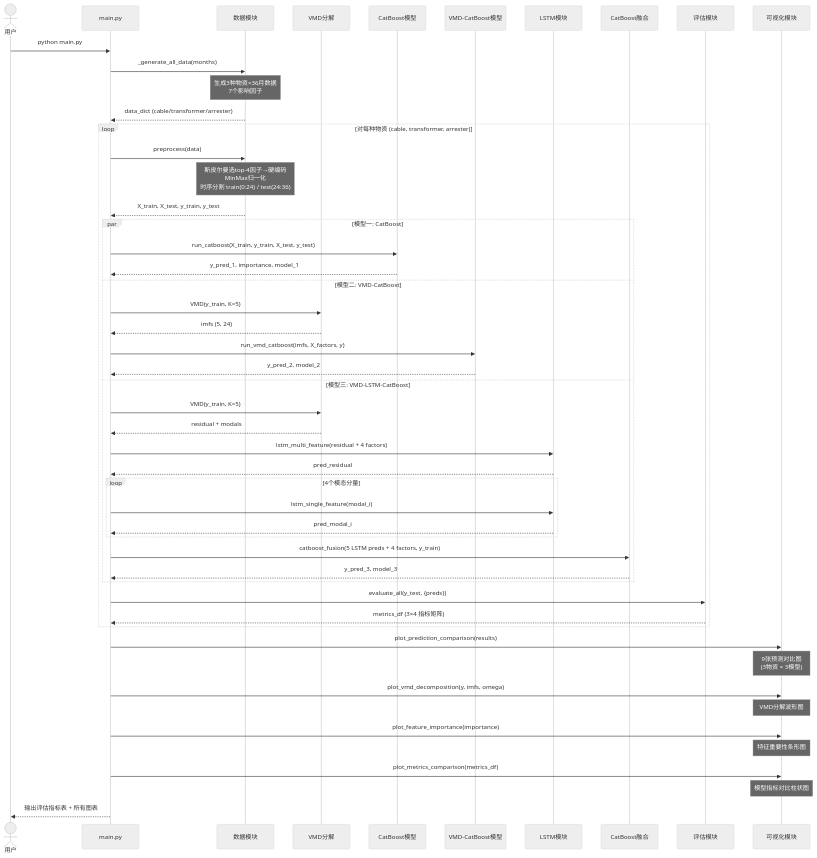
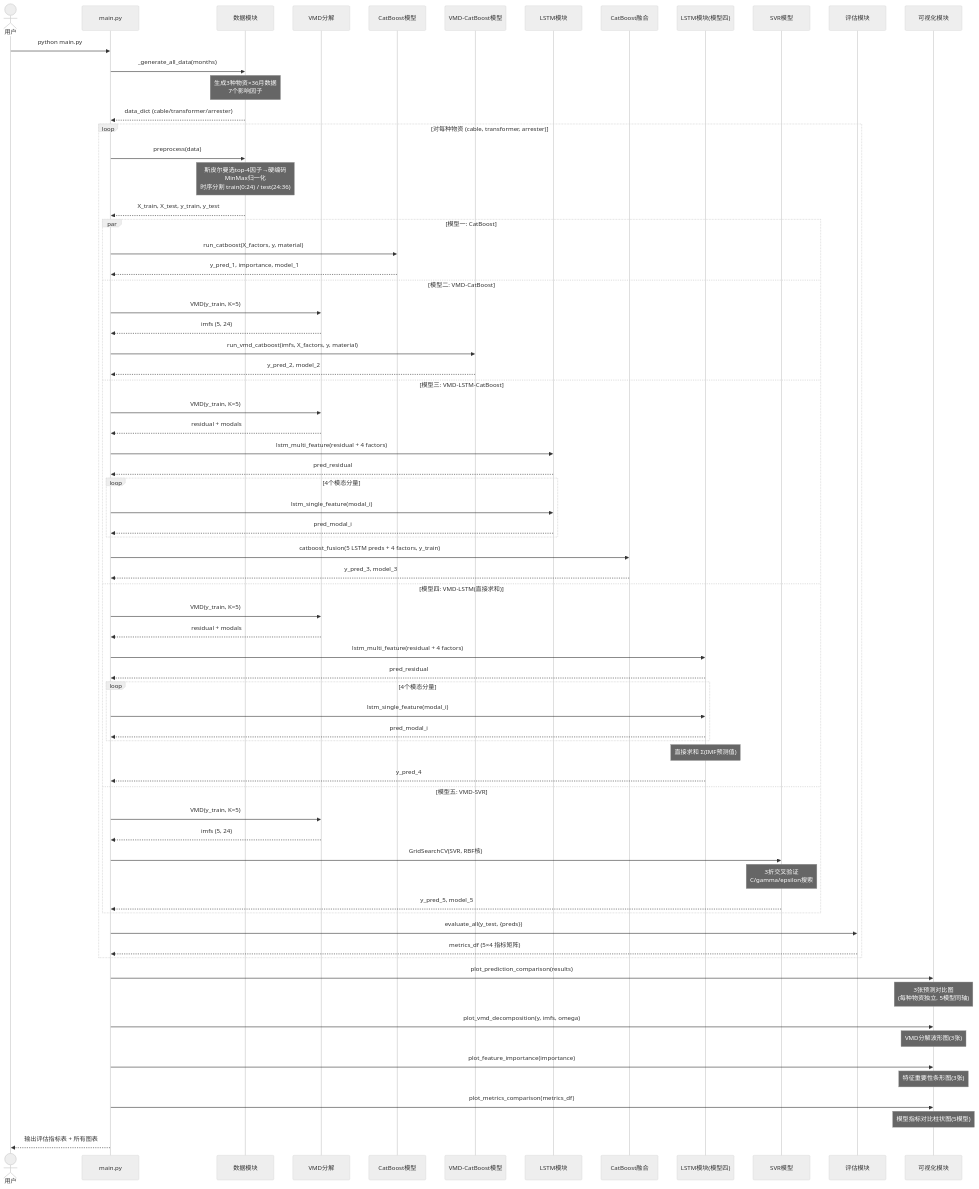
Before and after one commit to lilacseeking/vmd-catboost: the third of 3 diagrams in TECHNICAL_DESIGN.md, drawn with Mermaid (neutral theme). The commit also changed other lines of this file and 1 other file, not shown here.

First line of the commit message:
fix: 补充模型四/五的日志输出 + 更新设计文档mermaid图

````diff
--- a/TECHNICAL_DESIGN.md
+++ b/TECHNICAL_DESIGN.md
@@ -388,60 +430,79 @@
 ```mermaid
 sequenceDiagram
     actor User as 用户
     participant MAIN as main.py
     participant DATA as 数据模块
     participant VMD as VMD分解
     participant M1 as CatBoost模型
     participant M2 as VMD-CatBoost模型
     participant M3_LSTM as LSTM模块
     participant M3_CB as CatBoost融合
+    participant M4_LSTM as LSTM模块(模型四)
+    participant M5_SVR as SVR模型
     participant EVAL as 评估模块
     participant PLOT as 可视化模块
 
     User->>MAIN: python main.py
 
     MAIN->>DATA: _generate_all_data(months)
     Note over DATA: 生成3种物资×36月数据<br/>7个影响因子
     DATA-->>MAIN: data_dict (cable/transformer/arrester)
 
     loop 对每种物资 (cable, transformer, arrester)
         MAIN->>DATA: preprocess(data)
         Note over DATA: 斯皮尔曼选top-4因子→硬编码<br/>MinMax归一化<br/>时序分割 train(0:24) / test(24:36)
         DATA-->>MAIN: X_train, X_test, y_train, y_test
 
         par 模型一: CatBoost
-            MAIN->>M1: run_catboost(X_train, y_train, X_test, y_test)
+            MAIN->>M1: run_catboost(X_factors, y, material)
             M1-->>MAIN: y_pred_1, importance, model_1
         and 模型二: VMD-CatBoost
             MAIN->>VMD: VMD(y_train, K=5)
             VMD-->>MAIN: imfs (5, 24)
-            MAIN->>M2: run_vmd_catboost(imfs, X_factors, y)
+            MAIN->>M2: run_vmd_catboost(imfs, X_factors, y, material)
             M2-->>MAIN: y_pred_2, model_2
         and 模型三: VMD-LSTM-CatBoost
             MAIN->>VMD: VMD(y_train, K=5)
             VMD-->>MAIN: residual + modals
             MAIN->>M3_LSTM: lstm_multi_feature(residual + 4 factors)
             M3_LSTM-->>MAIN: pred_residual
             loop 4个模态分量
                 MAIN->>M3_LSTM: lstm_single_feature(modal_i)
                 M3_LSTM-->>MAIN: pred_modal_i
             end
             MAIN->>M3_CB: catboost_fusion(5 LSTM preds + 4 factors, y_train)
             M3_CB-->>MAIN: y_pred_3, model_3
+        and 模型四: VMD-LSTM(直接求和)
+            MAIN->>VMD: VMD(y_train, K=5)
+            VMD-->>MAIN: residual + modals
+            MAIN->>M4_LSTM: lstm_multi_feature(residual + 4 factors)
+            M4_LSTM-->>MAIN: pred_residual
+            loop 4个模态分量
+                MAIN->>M4_LSTM: lstm_single_feature(modal_i)
+                M4_LSTM-->>MAIN: pred_modal_i
+            end
+            Note over M4_LSTM: 直接求和 Σ(IMF预测值)
+            M4_LSTM-->>MAIN: y_pred_4
+        and 模型五: VMD-SVR
+            MAIN->>VMD: VMD(y_train, K=5)
+            VMD-->>MAIN: imfs (5, 24)
+            MAIN->>M5_SVR: GridSearchCV(SVR, RBF核)
+            Note over M5_SVR: 3折交叉验证<br/>C/gamma/epsilon搜索
+            M5_SVR-->>MAIN: y_pred_5, model_5
         end
 
         MAIN->>EVAL: evaluate_all(y_test, {preds})
-        EVAL-->>MAIN: metrics_df (3×4 指标矩阵)
+        EVAL-->>MAIN: metrics_df (5×4 指标矩阵)
     end
 
     MAIN->>PLOT: plot_prediction_comparison(results)
-    Note over PLOT: 9张预测对比图<br/>(3物资 × 3模型)
+    Note over PLOT: 3张预测对比图<br/>(每种物资独立, 5模型同轴)
     MAIN->>PLOT: plot_vmd_decomposition(y, imfs, omega)
-    Note over PLOT: VMD分解波形图
+    Note over PLOT: VMD分解波形图(3张)
     MAIN->>PLOT: plot_feature_importance(importance)
-    Note over PLOT: 特征重要性条形图
+    Note over PLOT: 特征重要性条形图(3张)
     MAIN->>PLOT: plot_metrics_comparison(metrics_df)
-    Note over PLOT: 模型指标对比柱状图
+    Note over PLOT: 模型指标对比柱状图(5模型)
 
     MAIN-->>User: 输出评估指标表 + 所有图表
 ```
````
